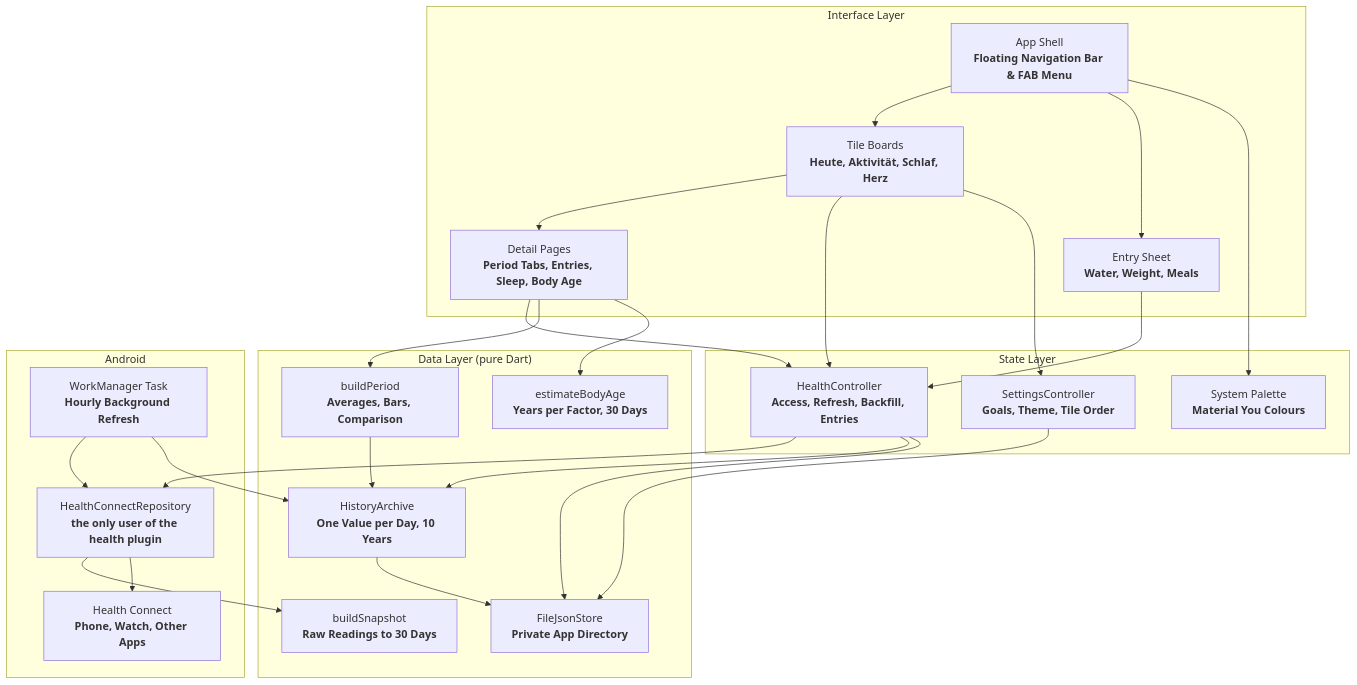
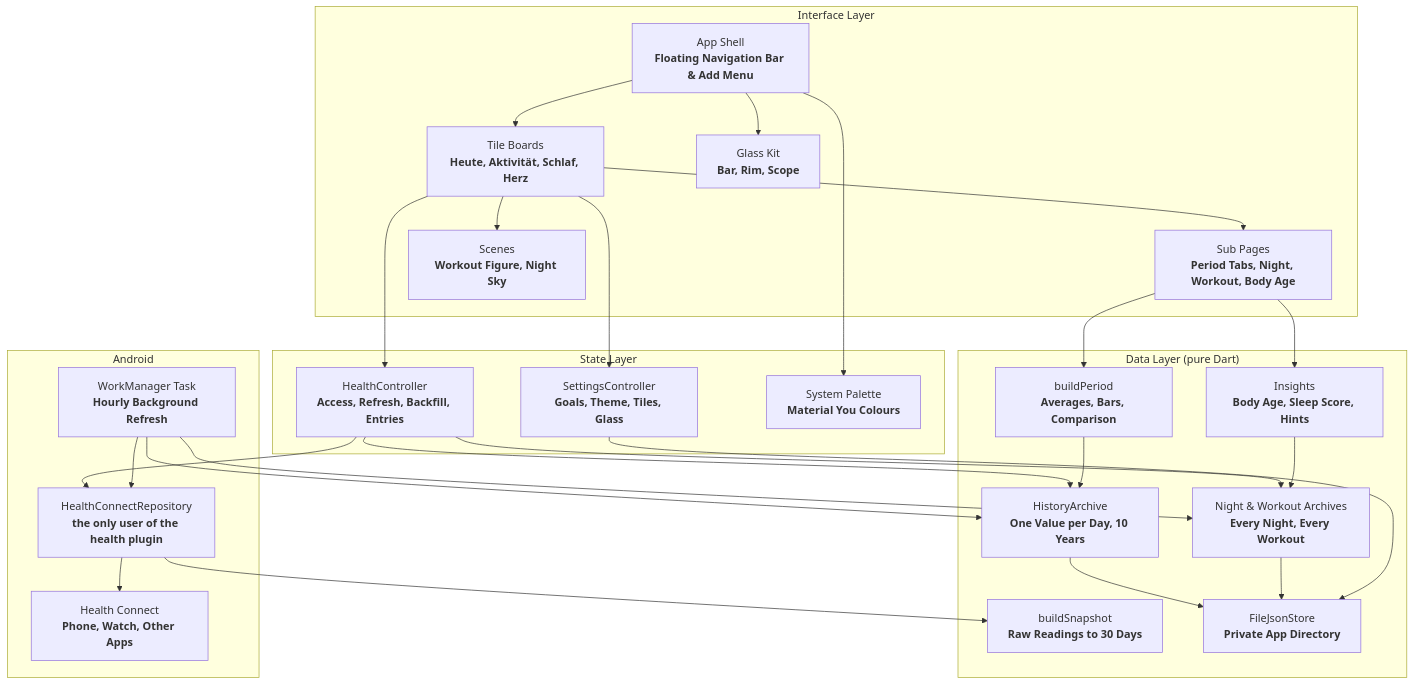
One commit to tomsliikee/pulse changed the first of 2 diagrams in README.md. Above: the diagram before and after it, drawn with Mermaid. The commit also changed other lines of this file and 3 other files, not shown here.

Commit message:
docs: rewrite the README around pages, sleep, activities and Liquid Glass

````diff
--- a/README.md
+++ b/README.md
@@ -28,50 +44,54 @@
 ```mermaid
 flowchart TD
     subgraph UI ["Interface Layer"]
-        Shell["App Shell<br/><b>Floating Navigation Bar & FAB Menu</b>"]
+        Shell["App Shell<br/><b>Floating Navigation Bar & Add Menu</b>"]
         Boards["Tile Boards<br/><b>Heute, Aktivität, Schlaf, Herz</b>"]
-        Detail["Detail Pages<br/><b>Period Tabs, Entries, Sleep, Body Age</b>"]
-        Sheet["Entry Sheet<br/><b>Water, Weight, Meals</b>"]
+        Detail["Sub Pages<br/><b>Period Tabs, Night, Workout, Body Age</b>"]
+        Scenes["Scenes<br/><b>Workout Figure, Night Sky</b>"]
+        Glass["Glass Kit<br/><b>Bar, Rim, Scope</b>"]
     end
 
     subgraph State ["State Layer"]
         HealthCtrl["HealthController<br/><b>Access, Refresh, Backfill, Entries</b>"]
-        SettingsCtrl["SettingsController<br/><b>Goals, Theme, Tile Order</b>"]
+        SettingsCtrl["SettingsController<br/><b>Goals, Theme, Tiles, Glass</b>"]
         Palette["System Palette<br/><b>Material You Colours</b>"]
     end
 
     subgraph Data ["Data Layer (pure Dart)"]
         Builder["buildSnapshot<br/><b>Raw Readings to 30 Days</b>"]
         Period["buildPeriod<br/><b>Averages, Bars, Comparison</b>"]
-        Age["estimateBodyAge<br/><b>Years per Factor, 30 Days</b>"]
+        Insights["Insights<br/><b>Body Age, Sleep Score, Hints</b>"]
         History["HistoryArchive<br/><b>One Value per Day, 10 Years</b>"]
+        Archives["Night & Workout Archives<br/><b>Every Night, Every Workout</b>"]
         Store["FileJsonStore<br/><b>Private App Directory</b>"]
     end
 
     subgraph Device ["Android"]
         Repo["HealthConnectRepository<br/><b>the only user of the health plugin</b>"]
         HC["Health Connect<br/><b>Phone, Watch, Other Apps</b>"]
         Worker["WorkManager Task<br/><b>Hourly Background Refresh</b>"]
     end
 
     Shell --> Boards
+    Shell --> Glass
     Boards --> Detail
-    Shell --> Sheet
+    Boards --> Scenes
     Boards --> HealthCtrl
     Boards --> SettingsCtrl
-    Detail --> HealthCtrl
     Detail --> Period
-    Detail --> Age
-    Sheet --> HealthCtrl
+    Detail --> Insights
     Shell --> Palette
     HealthCtrl --> Repo
     HealthCtrl --> History
+    HealthCtrl --> Archives
     Repo --> Builder
     Repo --> HC
     Worker --> Repo
     Worker --> History
+    Worker --> Archives
     Period --> History
+    Insights --> Archives
     History --> Store
-    HealthCtrl --> Store
+    Archives --> Store
     SettingsCtrl --> Store
 ```
````
